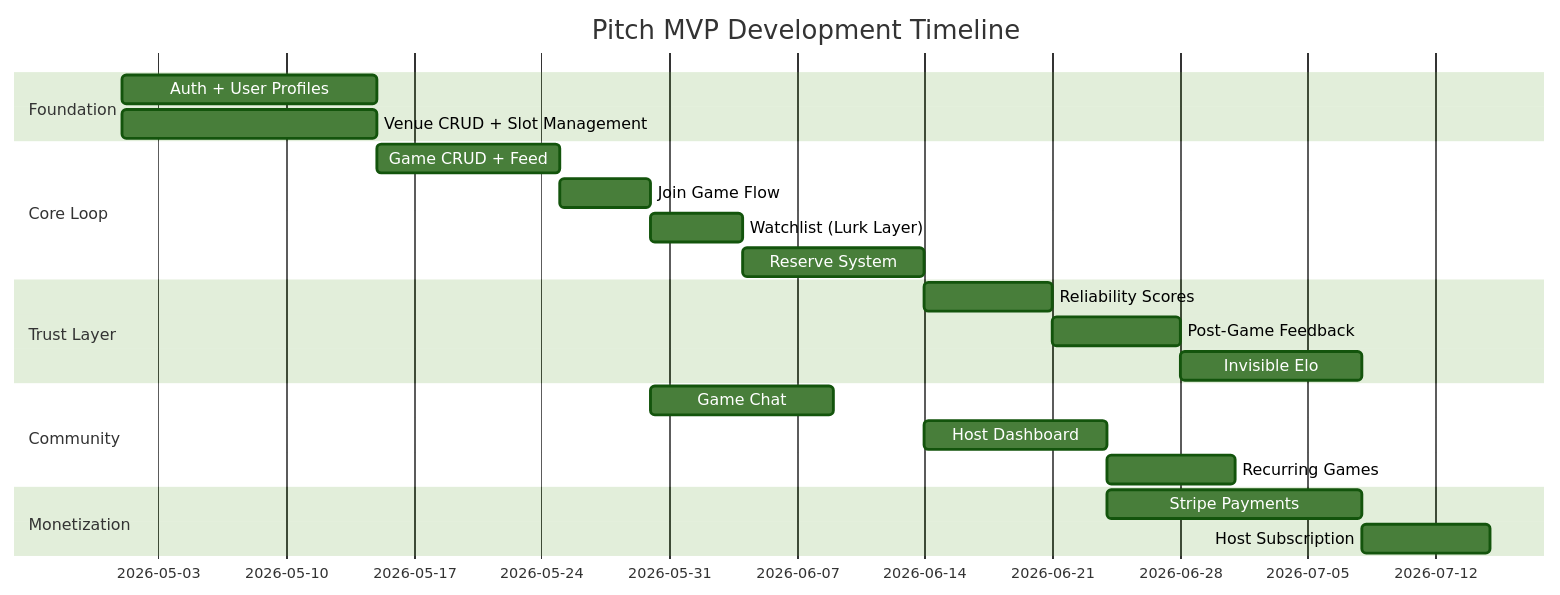
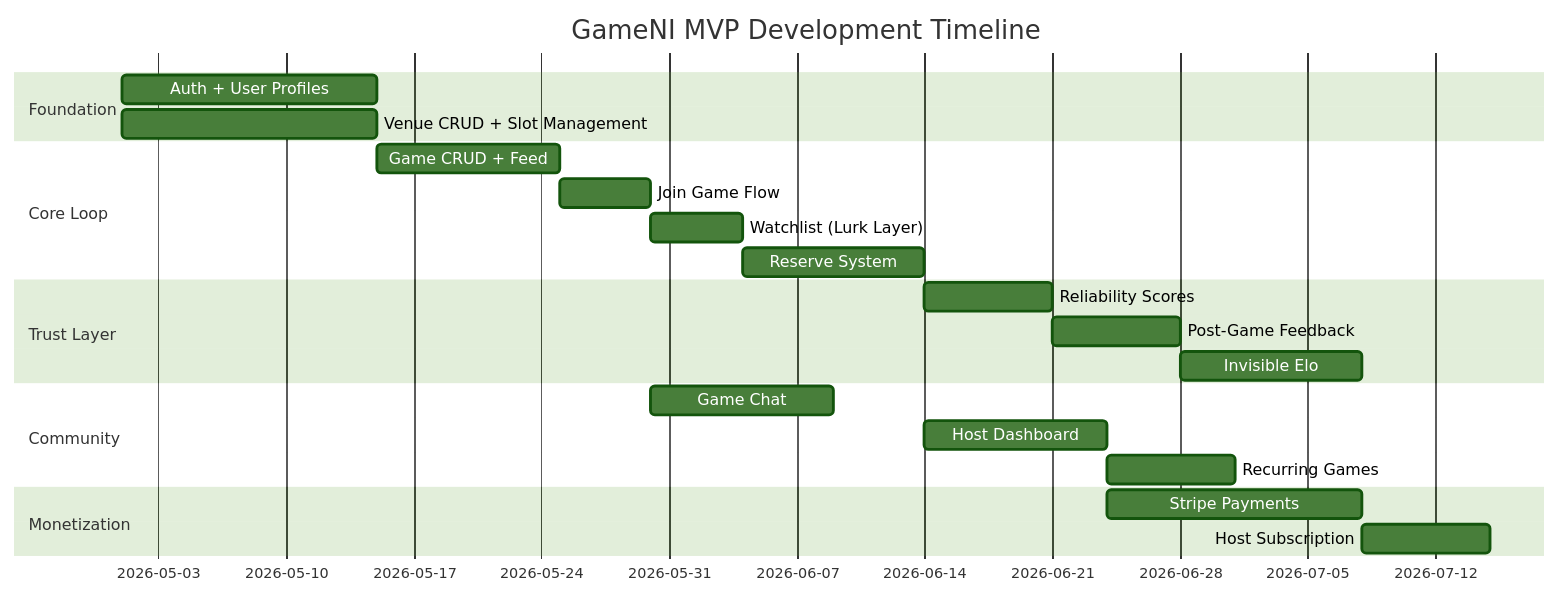
One commit to AmbrishMuniraju/GameNI changed the second of 2 diagrams in docs/08_workflow_guide.md. Above: the diagram before and after it, drawn with Mermaid (forest theme). The commit also changed other lines of this file and 10 other files, not shown here.

````diff
--- a/docs/08_workflow_guide.md
+++ b/docs/08_workflow_guide.md
@@ -188,24 +188,24 @@
 ```mermaid
 gantt
-    title Pitch MVP Development Timeline
+    title GameNI MVP Development Timeline
     dateFormat  YYYY-MM-DD
     section Foundation
     Auth + User Profiles       :a1, 2026-05-01, 14d
     Venue CRUD + Slot Management :a2, 2026-05-01, 14d
     section Core Loop
     Game CRUD + Feed            :b1, after a1, 10d
     Join Game Flow              :b2, after b1, 5d
     Watchlist (Lurk Layer)      :b3, after b2, 5d
     Reserve System              :b4, after b3, 10d
     section Trust Layer
     Reliability Scores          :c1, after b4, 7d
     Post-Game Feedback          :c2, after c1, 7d
     Invisible Elo               :c3, after c2, 10d
     section Community
     Game Chat                   :d1, after b2, 10d
     Host Dashboard              :d2, after b4, 10d
     Recurring Games             :d3, after d2, 7d
     section Monetization
     Stripe Payments             :e1, after d2, 14d
     Host Subscription           :e2, after e1, 7d
 ```
````
